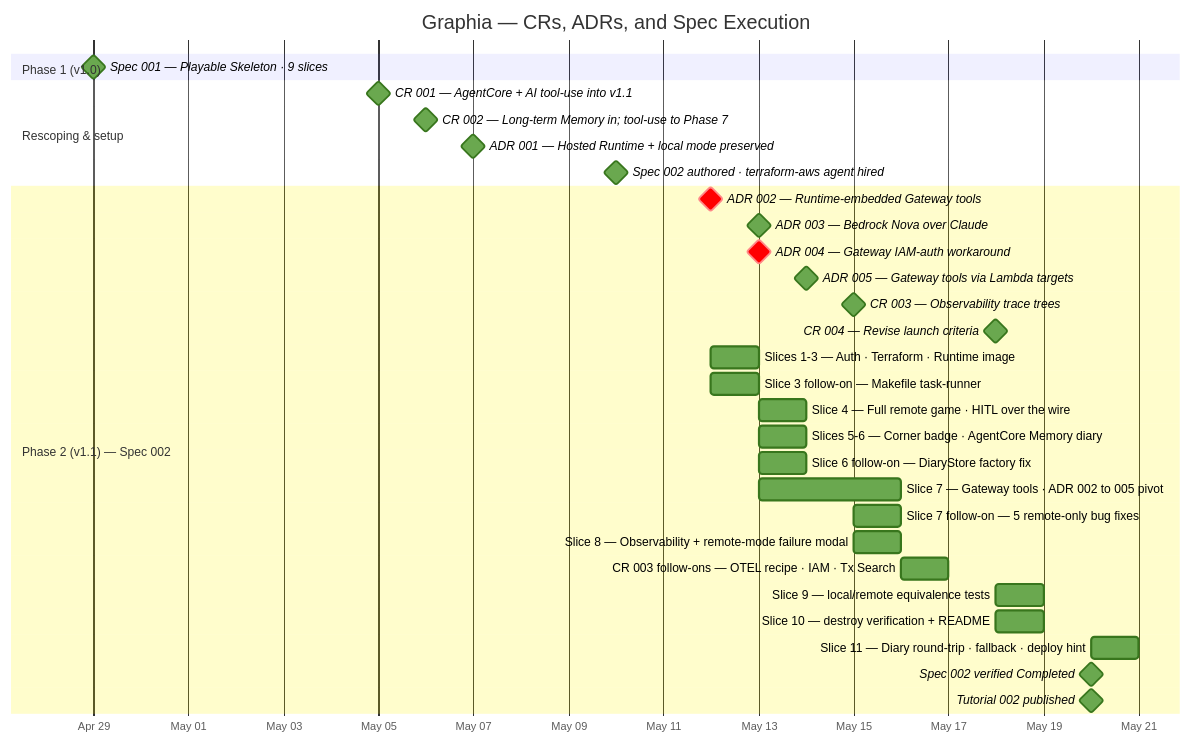
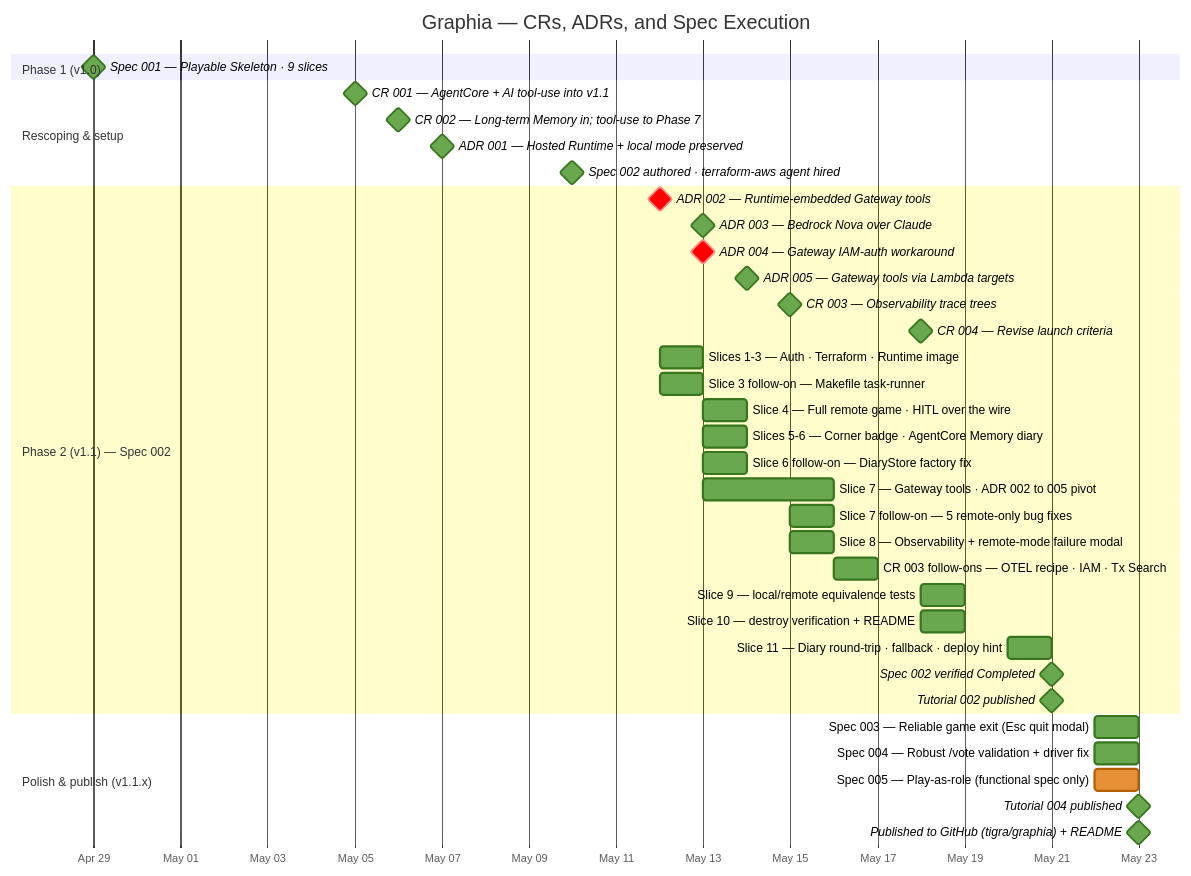
One commit to tigra/graphia changed the diagram in context/project-timeline.md. Above: the diagram before and after it, drawn with Mermaid. The commit also changed other lines of this file, not shown here.

First line of the commit message:
Project timeline: add Act 4 (specs 003-005 + GitHub publish); drop WBS

````diff
--- a/context/project-timeline.md
+++ b/context/project-timeline.md
@@ -16,38 +16,45 @@
 ```mermaid
 %%{init: {'themeVariables': {'doneTaskBkgColor': '#6aa84f', 'doneTaskBorderColor': '#38761d', 'activeTaskBkgColor': '#e69138', 'activeTaskBorderColor': '#b45f06'}}}%%
 gantt
     title Graphia — CRs, ADRs, and Spec Execution
     dateFormat YYYY-MM-DD
     axisFormat %b %d
 
     section Phase 1 (v1.0)
     Spec 001 — Playable Skeleton · 9 slices             :milestone, done, sp1, 2026-04-29, 0d
 
     section Rescoping & setup
     CR 001 — AgentCore + AI tool-use into v1.1           :milestone, done, m1, 2026-05-05, 0d
     CR 002 — Long-term Memory in; tool-use to Phase 7    :milestone, done, m2, 2026-05-06, 0d
     ADR 001 — Hosted Runtime + local mode preserved      :milestone, done, a1, 2026-05-07, 0d
     Spec 002 authored · terraform-aws agent hired        :milestone, done, sp2, 2026-05-10, 0d
 
     section Phase 2 (v1.1) — Spec 002
     ADR 002 — Runtime-embedded Gateway tools             :milestone, crit, a2, 2026-05-12, 0d
     ADR 003 — Bedrock Nova over Claude                   :milestone, done, a3, 2026-05-13, 0d
     ADR 004 — Gateway IAM-auth workaround                :milestone, crit, a4, 2026-05-13, 0d
     ADR 005 — Gateway tools via Lambda targets           :milestone, done, a5, 2026-05-14, 0d
     CR 003 — Observability trace trees                   :milestone, done, c3, 2026-05-15, 0d
     CR 004 — Revise launch criteria                      :milestone, done, c4, 2026-05-18, 0d
     Slices 1-3 — Auth · Terraform · Runtime image        :done, s13, 2026-05-12, 1d
     Slice 3 follow-on — Makefile task-runner             :done, s3f, 2026-05-12, 1d
     Slice 4 — Full remote game · HITL over the wire      :done, s4, 2026-05-13, 1d
     Slices 5-6 — Corner badge · AgentCore Memory diary   :done, s56, 2026-05-13, 1d
     Slice 6 follow-on — DiaryStore factory fix           :done, s6f, 2026-05-13, 1d
     Slice 7 — Gateway tools · ADR 002 to 005 pivot       :done, s7, 2026-05-13, 3d
     Slice 7 follow-on — 5 remote-only bug fixes          :done, fix, 2026-05-15, 1d
     Slice 8 — Observability + remote-mode failure modal  :done, s8, 2026-05-15, 1d
     CR 003 follow-ons — OTEL recipe · IAM · Tx Search    :done, s8f, 2026-05-16, 1d
     Slice 9 — local/remote equivalence tests             :done, s9, 2026-05-18, 1d
     Slice 10 — destroy verification + README             :done, s10, 2026-05-18, 1d
     Slice 11 — Diary round-trip · fallback · deploy hint :done, s11, 2026-05-20, 1d
-    Spec 002 verified Completed                          :milestone, done, sp2v, 2026-05-20, 0d
-    Tutorial 002 published                               :milestone, done, sp2t, 2026-05-20, 0d
+    Spec 002 verified Completed                          :milestone, done, sp2v, after s11, 0d
+    Tutorial 002 published                               :milestone, done, sp2t, after sp2v, 0d
+
+    section Polish & publish (v1.1.x)
+    Spec 003 — Reliable game exit (Esc quit modal)       :done, sp3, 2026-05-22, 1d
+    Spec 004 — Robust /vote validation + driver fix      :done, sp4, 2026-05-22, 1d
+    Spec 005 — Play-as-role (functional spec only)       :active, sp5, 2026-05-22, 1d
+    Tutorial 004 published                               :milestone, done, t4, after sp4, 0d
+    Published to GitHub (tigra/graphia) + README         :milestone, done, pub, after sp5, 0d
 ```
````
